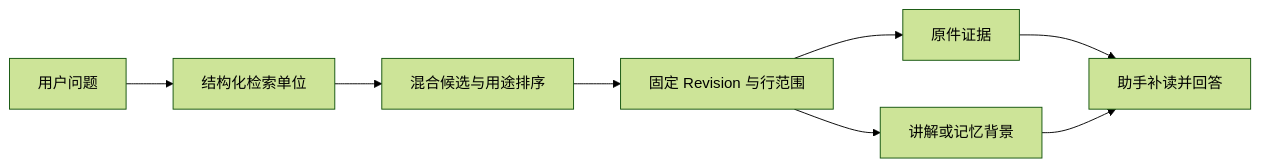
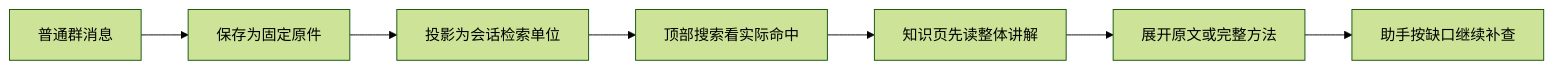
The diagram in .repo-review/knowledge/articles/c7ef9ab86227b21952d1f3567bf0ff43a7d5e858dd8fb114a0775b4a78d08de5.md (lejunyang/omem), drawn with Mermaid (forest theme) before and after one commit. The commit also changed other lines of this file and 11 other files, not shown here.

```diff
--- a/.repo-review/knowledge/articles/c7ef9ab86227b21952d1f3567bf0ff43a7d5e858dd8fb114a0775b4a78d08de5.md
+++ b/.repo-review/knowledge/articles/c7ef9ab86227b21952d1f3567bf0ff43a7d5e858dd8fb114a0775b4a78d08de5.md
@@ -56,10 +12,9 @@
 ~~~mermaid
 flowchart LR
-  Q[用户问题] --> U[结构化检索单位]
-  U --> H[混合候选与用途排序]
-  H --> A[固定 Revision 与行范围]
-  A --> E[原件证据]
-  A --> B[讲解或记忆背景]
-  E --> R[助手补读并回答]
-  B --> R
+  A[普通群消息] --> B[保存为固定原件]
+  B --> C[投影为会话检索单位]
+  C --> D[顶部搜索看实际命中]
+  D --> E[知识页先读整体讲解]
+  E --> F[展开原文或完整方法]
+  F --> G[助手按缺口继续补查]
 ~~~
```
